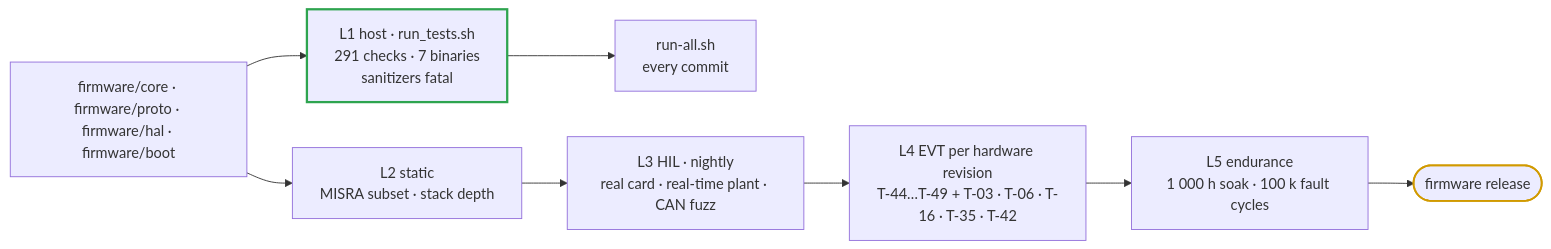
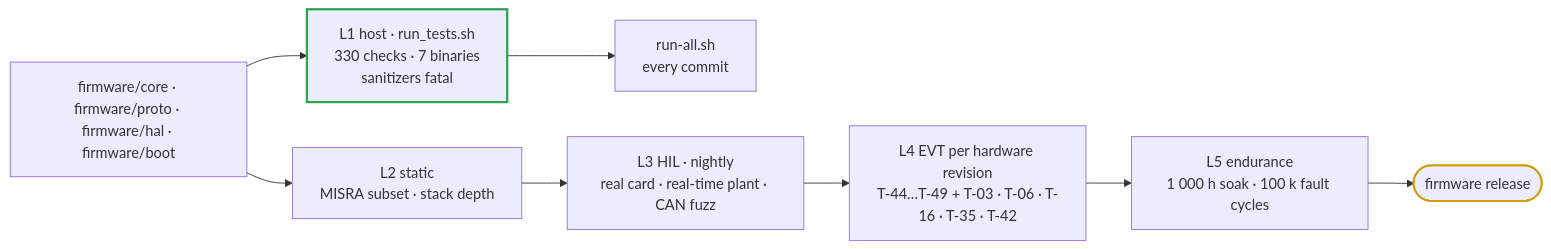
Before and after one commit to vectivolt/DC-Modules: the diagram in docs/firmware-verification.md, drawn with Mermaid. The commit also changed other lines of this file and 338 other files, not shown here.

````diff
--- a/docs/firmware-verification.md
+++ b/docs/firmware-verification.md
@@ -35,12 +35,12 @@
 ```mermaid
 flowchart LR
-  SRC["firmware/core · firmware/proto · firmware/hal · firmware/boot"] --> L1["L1 host · run_tests.sh<br/>291 checks · 7 binaries<br/>sanitizers fatal"]
+  SRC["firmware/core · firmware/proto · firmware/hal · firmware/boot"] --> L1["L1 host · run_tests.sh<br/>330 checks · 7 binaries<br/>sanitizers fatal"]
   SRC --> L2["L2 static<br/>MISRA subset · stack depth"]
   L1 --> RA["run-all.sh<br/>every commit"]
   L2 --> L3["L3 HIL · nightly<br/>real card · real-time plant · CAN fuzz"]
   L3 --> L4["L4 EVT per hardware revision<br/>T-44…T-49 + T-03 · T-06 · T-16 · T-35 · T-42"]
   L4 --> L5["L5 endurance<br/>1 000 h soak · 100 k fault cycles"]
   L5 --> REL(["firmware release"])
   style L1 stroke:#2ea44f,stroke-width:2.5px
   style REL stroke:#d19a00,stroke-width:2px
 ```
````
